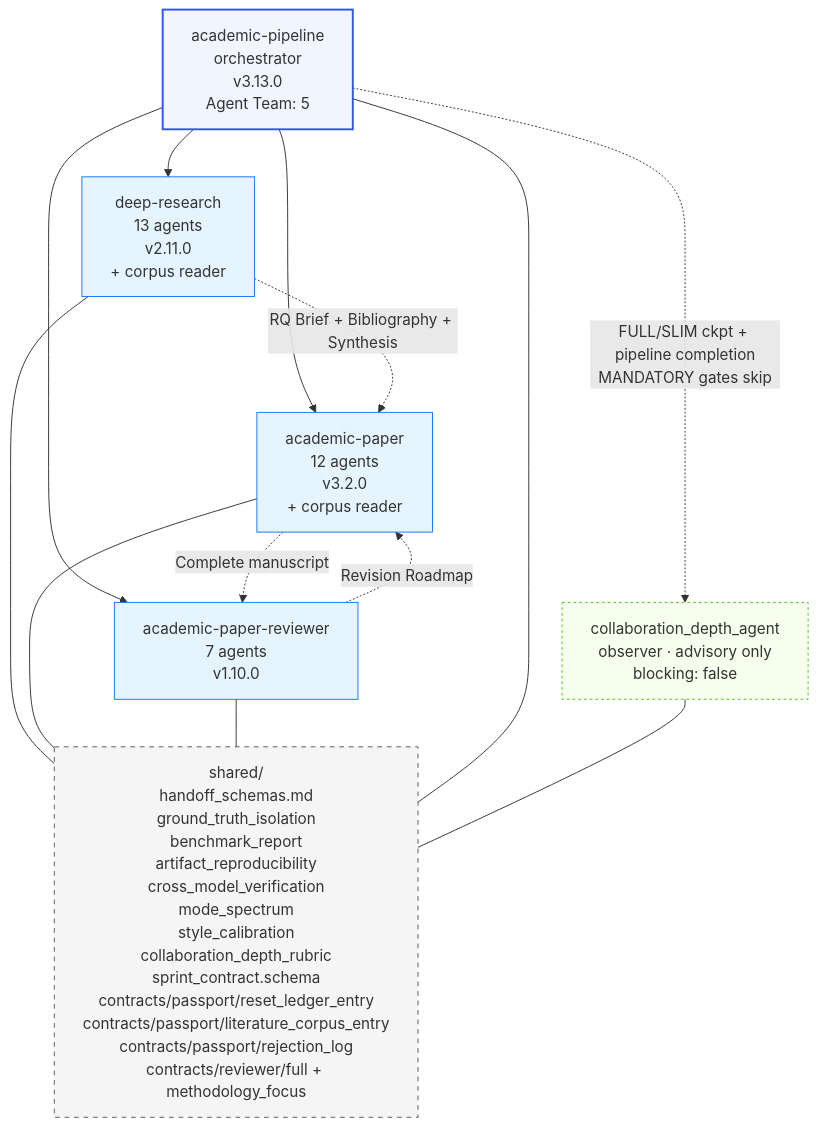
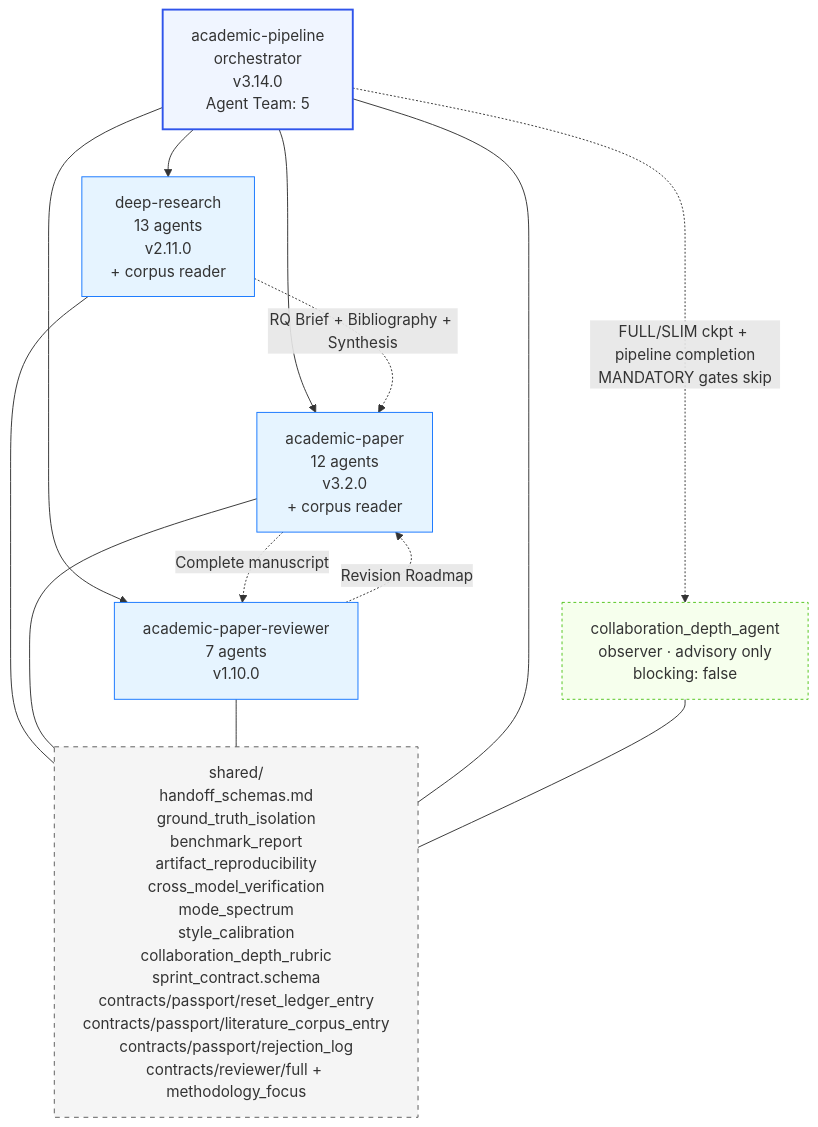
Before and after one commit to thereisnotime/skills-collection: the fourth of 5 diagrams in skills/Imbad0202--academic-research-skills/docs/ARCHITECTURE.md, drawn with Mermaid. The commit also changed other lines of this file and 548 other files, not shown here.

Commit message:
sync: update skills repos, readme and charts

````diff
--- a/skills/Imbad0202--academic-research-skills/docs/ARCHITECTURE.md
+++ b/skills/Imbad0202--academic-research-skills/docs/ARCHITECTURE.md
@@ -201,31 +201,31 @@
 ```mermaid
 graph TD
-    Pipeline[academic-pipeline<br/>orchestrator<br/>v3.13.0<br/>Agent Team: 5]
+    Pipeline[academic-pipeline<br/>orchestrator<br/>v3.14.0<br/>Agent Team: 5]
     Observer[collaboration_depth_agent<br/>observer · advisory only<br/>blocking: false]
     DR[deep-research<br/>13 agents<br/>v2.11.0<br/>+ corpus reader]
     AP[academic-paper<br/>12 agents<br/>v3.2.0<br/>+ corpus reader]
     APR[academic-paper-reviewer<br/>7 agents<br/>v1.10.0]
     Shared[shared/<br/>handoff_schemas.md<br/>ground_truth_isolation<br/>benchmark_report<br/>artifact_reproducibility<br/>cross_model_verification<br/>mode_spectrum<br/>style_calibration<br/>collaboration_depth_rubric<br/>sprint_contract.schema<br/>contracts/passport/reset_ledger_entry<br/>contracts/passport/literature_corpus_entry<br/>contracts/passport/rejection_log<br/>contracts/reviewer/full + methodology_focus]
 
     Pipeline --> DR
     Pipeline --> AP
     Pipeline --> APR
     Pipeline -. "FULL/SLIM ckpt + pipeline completion<br/>MANDATORY gates skip" .-> Observer
     DR -. "RQ Brief + Bibliography + Synthesis" .-> AP
     AP -. "Complete manuscript" .-> APR
     APR -. "Revision Roadmap" .-> AP
     DR --- Shared
     AP --- Shared
     APR --- Shared
     Pipeline --- Shared
     Observer --- Shared
 
     classDef orch fill:#f0f5ff,stroke:#2f54eb,stroke-width:2px
     classDef skill fill:#e6f4ff,stroke:#1677ff
     classDef shared fill:#f5f5f5,stroke:#595959,stroke-dasharray:5 5
     classDef observer fill:#f6ffed,stroke:#52c41a,stroke-dasharray:3 3
     class Pipeline orch
     class DR,AP,APR skill
     class Shared shared
     class Observer observer
 ```
````
